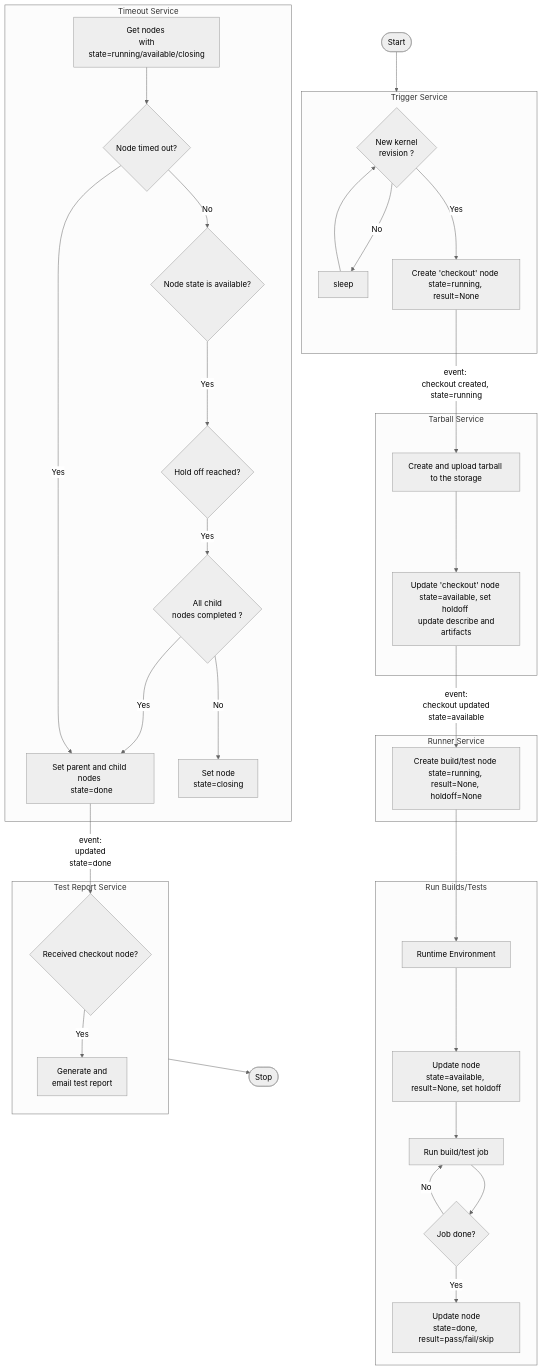
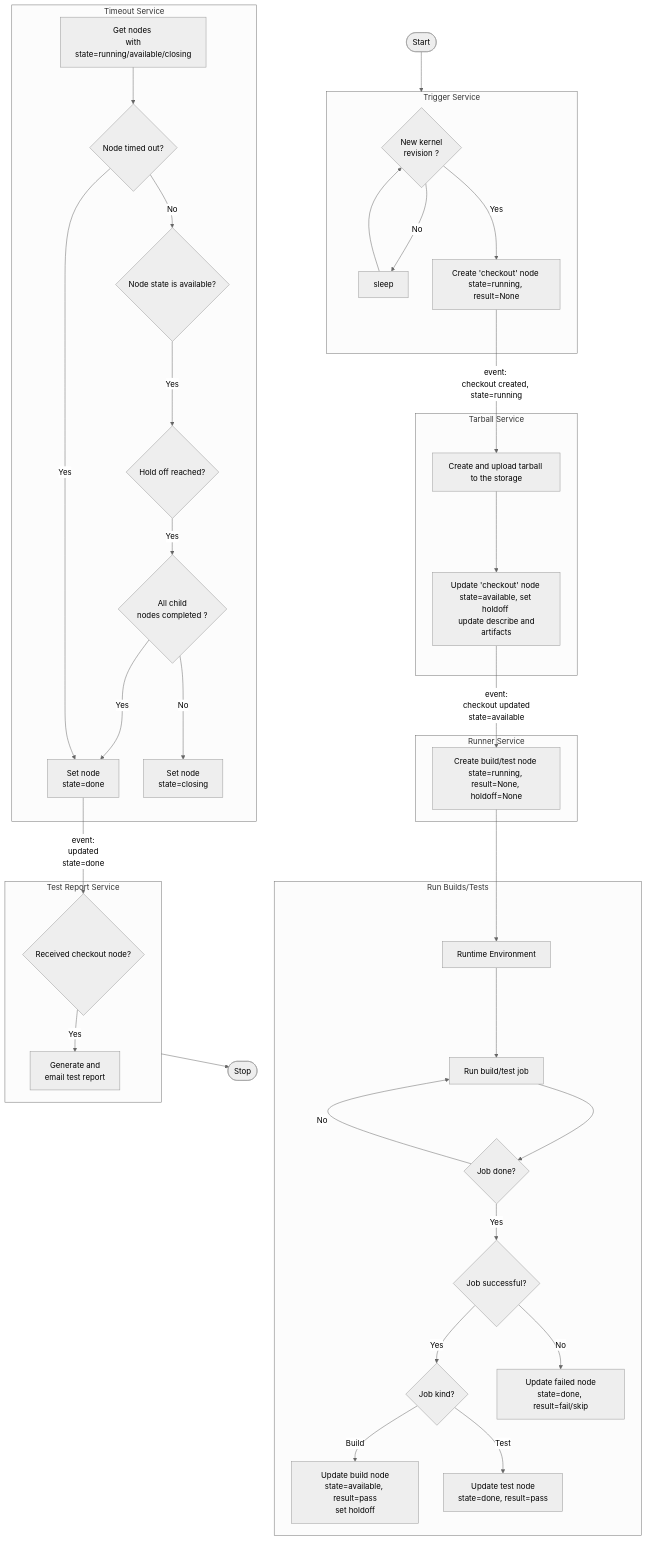
One commit to kernelci/kernelci-pipeline changed the diagram in doc/pipeline-details.md. Above: the diagram before and after it, drawn with Mermaid (neutral theme). The commit also changed other lines of this file and 2 other files, not shown here.

Commit message:
doc: update to reflect latest changes in state transitions
We no longer transition successful `kbuild` nodes directly to `done`
state, but go through `available` first. This state triggers test jobs'
creation, while we can schedule post-processing jobs when the node
finally reaches the `done` state` (once every test job is complete, or
the timeout is reached).

Ensure the documentation (especially the examples) reflects the current
design.

````diff
--- a/doc/pipeline-details.md
+++ b/doc/pipeline-details.md
@@ -13,39 +13,42 @@
 ```mermaid
 flowchart
     start([Start]) --> trigger_service
     subgraph trigger_service[Trigger Service]
         kernel_revision{New kernel <br/>revision ?} --> |No| sleep[sleep]
         sleep --> kernel_revision
         kernel_revision --> |Yes| checkout[Create 'checkout' node <br />state=running, result=None]
     end
     subgraph tarball_service[Tarball Service]
         upload_tarball[Create and upload tarball to the storage]
         checkout --> |event: <br />checkout created, state=running| upload_tarball
         upload_tarball --> update_checkout_node[Update 'checkout' node <br />state=available, set holdoff <br /> update describe and artifacts]
     end
     subgraph runner_service[Runner Service]
         update_checkout_node --> |event: <br />checkout updated <br />state=available| runner_node[Create build/test node <br />state=running, result=None, holdoff=None]
     end
     subgraph Run Builds/Tests
         runner_node --> runtime[Runtime Environment]
-        runtime --> set_available[Update node<br />state=available, result=None, set holdoff]
-        set_available --> run_job[Run build/test job]
+        runtime --> run_job[Run build/test job]
         run_job --> job_done{Job done?}
-        job_done --> |Yes| pass_runner_node[Update node<br />state=done, result=pass/fail/skip]
+        job_done --> |Yes| job_pass{Job successful?}
         job_done --> |No| run_job
+        job_pass --> |Yes| job_kind{Job kind?}
+        job_kind --> |Build| pass_build_node[Update build node<br />state=available, result=pass<br />set holdoff]
+        job_kind --> |Test| pass_test_node[Update test node<br />state=done, result=pass]
+        job_pass --> |No| fail_node[Update failed node<br />state=done, result=fail/skip]
     end
     subgraph timeout_service[Timeout Service]
         get_nodes[Get nodes <br /> with state=running/available/closing] --> node_timedout{Node timed out?}
         verify_avilable_nodes{Node state is available?} --> |Yes| hold_off_reached{Hold off reached?}
         hold_off_reached --> |Yes| child_nodes_completed{All child <br />nodes completed ?}
-        child_nodes_completed --> |Yes| set_done[Set parent and child nodes <br /> state=done]
+        child_nodes_completed --> |Yes| set_done[Set node <br /> state=done]
         child_nodes_completed --> |No| set_closing[Set node <br />state=closing]
         node_timedout --> |Yes| set_done
         node_timedout --> |No| verify_avilable_nodes
     end
     subgraph test_report_service[Test Report Service]
         received_tarball{Received checkout node? } --> |Yes| email_report[Generate and <br />email test report]
     end
     set_done --> |event: <br />updated <br /> state=done| received_tarball
     test_report_service --> stop([Stop])
 ```
````
